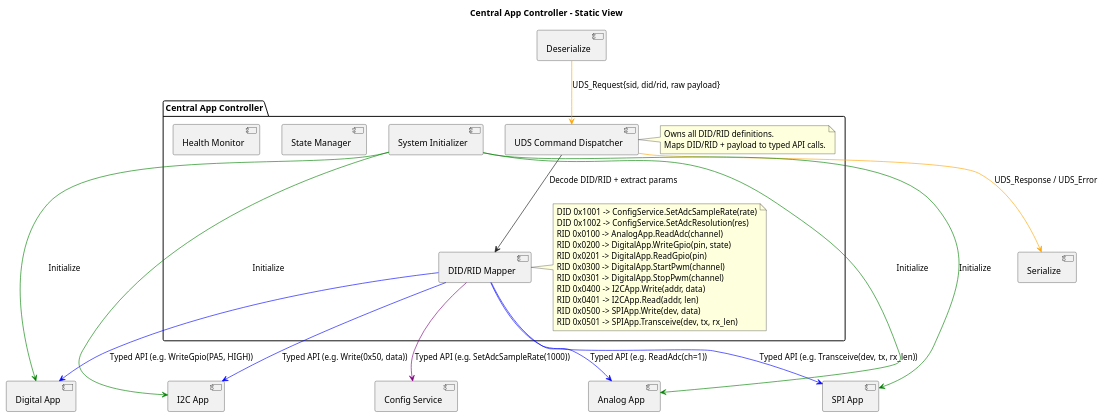
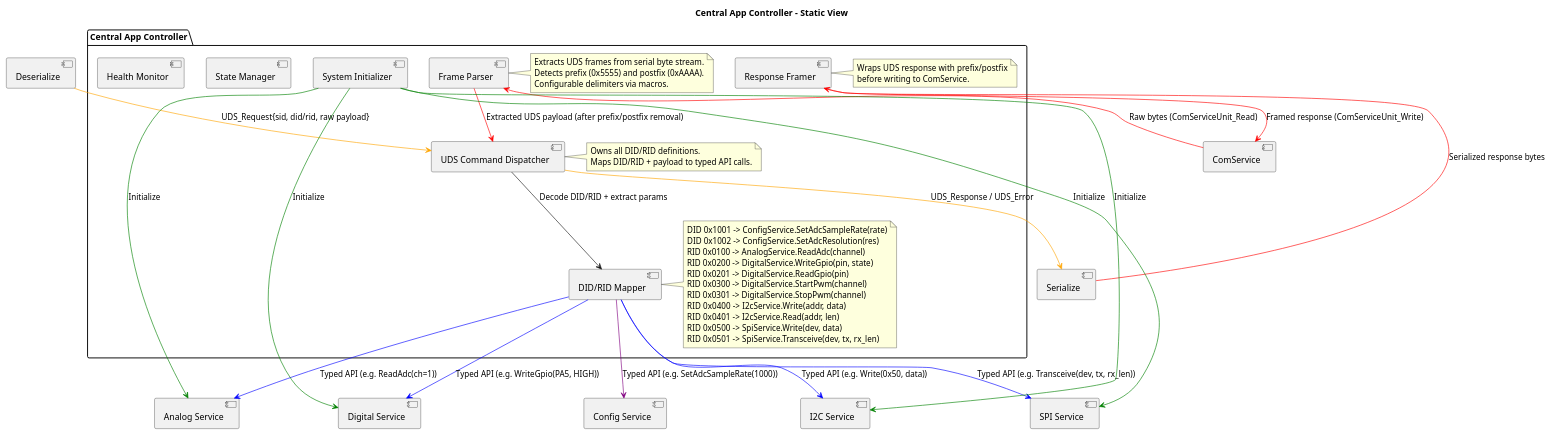
Before and after one commit to LinhTrucVo/Bico_Protocol_Bridge: the diagram in 2_architecture/fucntionView/layer3Application/centralAppController/staticView.puml, drawn with PlantUML. The commit also changed 195 other files, not shown here.

Commit message:
rename analogApp, digitalApp, i2cApp, spiApp to xxxService then move them to layer2, update related document also

```diff
--- a/2_architecture/fucntionView/layer3Application/centralAppController/staticView.puml
+++ b/2_architecture/fucntionView/layer3Application/centralAppController/staticView.puml
@@ -1,51 +1,67 @@
 @startuml
 
 title Central App Controller - Static View
 
 package "Central App Controller" {
+    [Frame Parser] as frameParser
+    note right of frameParser
+        Extracts UDS frames from serial byte stream.
+        Detects prefix (0x5555) and postfix (0xAAAA).
+        Configurable delimiters via macros.
+    end note
     [System Initializer] as init
     [UDS Command Dispatcher] as dispatcher
     note right of dispatcher
         Owns all DID/RID definitions.
         Maps DID/RID + payload to typed API calls.
     end note
     [DID/RID Mapper] as mapper
     note right of mapper
         DID 0x1001 -> ConfigService.SetAdcSampleRate(rate)
         DID 0x1002 -> ConfigService.SetAdcResolution(res)
-        RID 0x0100 -> AnalogApp.ReadAdc(channel)
-        RID 0x0200 -> DigitalApp.WriteGpio(pin, state)
-        RID 0x0201 -> DigitalApp.ReadGpio(pin)
-        RID 0x0300 -> DigitalApp.StartPwm(channel)
-        RID 0x0301 -> DigitalApp.StopPwm(channel)
-        RID 0x0400 -> I2CApp.Write(addr, data)
-        RID 0x0401 -> I2CApp.Read(addr, len)
-        RID 0x0500 -> SPIApp.Write(dev, data)
-        RID 0x0501 -> SPIApp.Transceive(dev, tx, rx_len)
+        RID 0x0100 -> AnalogService.ReadAdc(channel)
+        RID 0x0200 -> DigitalService.WriteGpio(pin, state)
+        RID 0x0201 -> DigitalService.ReadGpio(pin)
+        RID 0x0300 -> DigitalService.StartPwm(channel)
+        RID 0x0301 -> DigitalService.StopPwm(channel)
+        RID 0x0400 -> I2cService.Write(addr, data)
+        RID 0x0401 -> I2cService.Read(addr, len)
+        RID 0x0500 -> SpiService.Write(dev, data)
+        RID 0x0501 -> SpiService.Transceive(dev, tx, rx_len)
+    end note
+    [Response Framer] as respFramer
+    note right of respFramer
+        Wraps UDS response with prefix/postfix
+        before writing to ComService.
     end note
     [State Manager] as stateMgr
     [Health Monitor] as watchdog
 }
 
-[Analog App] as analogApp
-[Digital App] as digitalApp
-[I2C App] as i2cApp
-[SPI App] as spiApp
+[ComService] as comService
+[Analog Service] as analogService
+[Digital Service] as digitalService
+[I2C Service] as i2cService
+[SPI Service] as spiService
 [Deserialize] as deserialize
 [Serialize] as serialize
 [Config Service] as configService
 
+comService -[#red]-> frameParser : Raw bytes (ComServiceUnit_Read)
+frameParser -[#red]-> dispatcher : Extracted UDS payload (after prefix/postfix removal)
 deserialize -[#orange]-> dispatcher : UDS_Request{sid, did/rid, raw payload}
 dispatcher --> mapper : Decode DID/RID + extract params
 mapper -[#purple]-> configService : Typed API (e.g. SetAdcSampleRate(1000))
-mapper -[#blue]-> analogApp : Typed API (e.g. ReadAdc(ch=1))
-mapper -[#blue]-> digitalApp : Typed API (e.g. WriteGpio(PA5, HIGH))
-mapper -[#blue]-> i2cApp : Typed API (e.g. Write(0x50, data))
-mapper -[#blue]-> spiApp : Typed API (e.g. Transceive(dev, tx, rx_len))
+mapper -[#blue]-> analogService : Typed API (e.g. ReadAdc(ch=1))
+mapper -[#blue]-> digitalService : Typed API (e.g. WriteGpio(PA5, HIGH))
+mapper -[#blue]-> i2cService : Typed API (e.g. Write(0x50, data))
+mapper -[#blue]-> spiService : Typed API (e.g. Transceive(dev, tx, rx_len))
 dispatcher -[#orange]-> serialize : UDS_Response / UDS_Error
-init -[#green]-> analogApp : Initialize
-init -[#green]-> digitalApp : Initialize
-init -[#green]-> i2cApp : Initialize
-init -[#green]-> spiApp : Initialize
+serialize -[#red]-> respFramer : Serialized response bytes
+respFramer -[#red]-> comService : Framed response (ComServiceUnit_Write)
+init -[#green]-> analogService : Initialize
+init -[#green]-> digitalService : Initialize
+init -[#green]-> i2cService : Initialize
+init -[#green]-> spiService : Initialize
 
 @enduml
```
